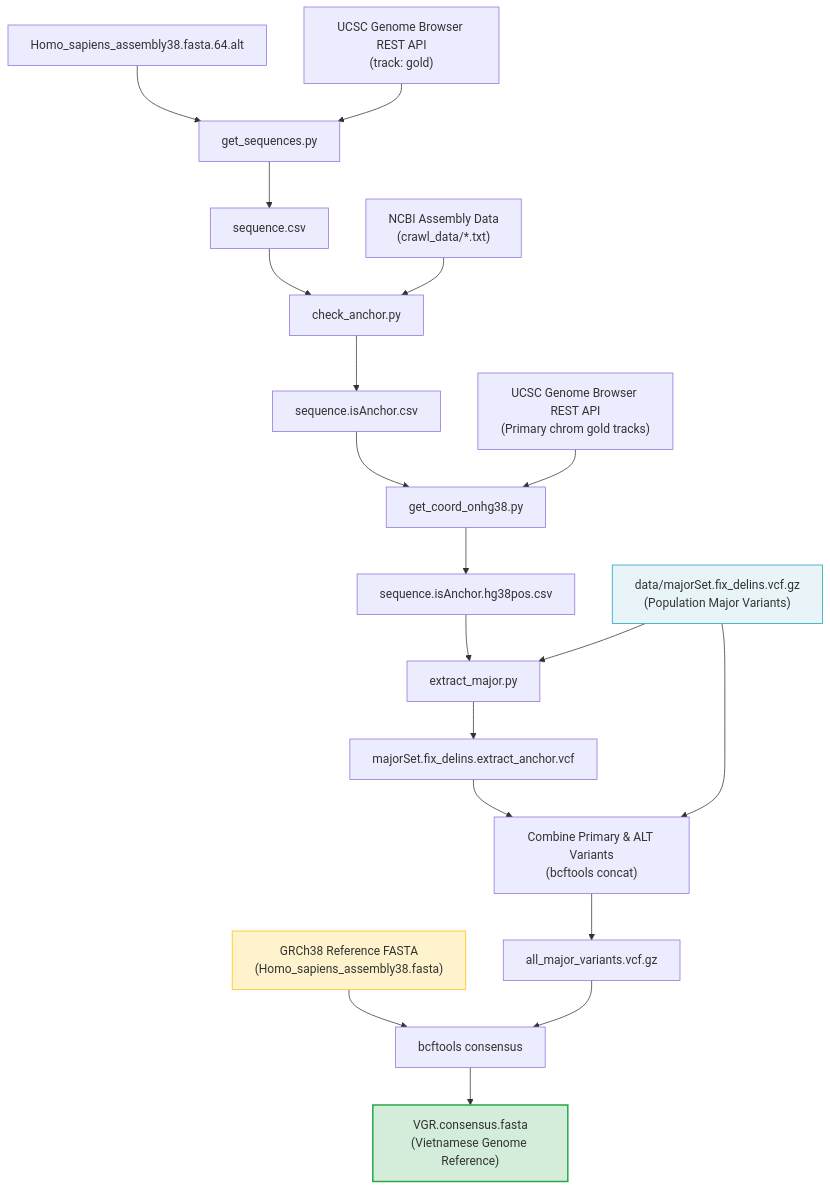
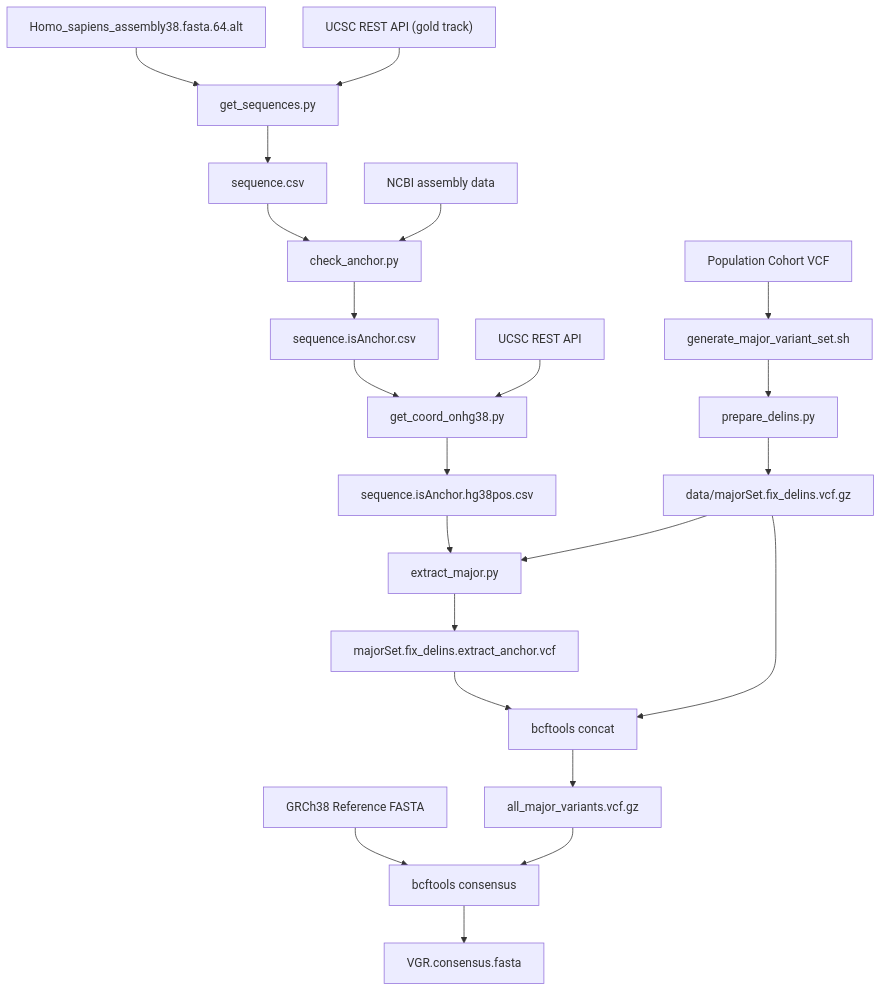
The diagram in README.md (VinGenome/VGR), drawn with Mermaid before and after one commit. The commit also changed other lines of this file and 11 other files, not shown here.

Commit message:
Add population variant preparation pipeline and update documentation

````diff
--- a/README.md
+++ b/README.md
@@ -34,30 +15,30 @@
 ```mermaid
 flowchart TD
-    A1["Homo_sapiens_assembly38.fasta.64.alt"] --> B1["get_sequences.py"]
-    U1["UCSC Genome Browser REST API<br/>(track: gold)"] --> B1
-    B1 --> C1["sequence.csv"]
+    COHORT["Population Cohort VCF"] --> S0["generate_major_variant_set.sh"]
+    S0 --> D0["prepare_delins.py"]
+    D0 --> VCF1["data/majorSet.fix_delins.vcf.gz"]
 
-    C1 --> B2["check_anchor.py"]
-    NCBI["NCBI Assembly Data<br/>(crawl_data/*.txt)"] --> B2
-    B2 --> C2["sequence.isAnchor.csv"]
+    ALT["Homo_sapiens_assembly38.fasta.64.alt"] --> B1["get_sequences.py"]
+    UCSC1["UCSC REST API (gold track)"] --> B1
+    B1 --> CSV1["sequence.csv"]
 
-    C2 --> B3["get_coord_onhg38.py"]
-    U2["UCSC Genome Browser REST API<br/>(Primary chrom gold tracks)"] --> B3
-    B3 --> C3["sequence.isAnchor.hg38pos.csv"]
+    CSV1 --> B2["check_anchor.py"]
+    NCBI["NCBI assembly data"] --> B2
+    B2 --> CSV2["sequence.isAnchor.csv"]
 
-    C3 --> B4["extract_major.py"]
-    VCF1["data/majorSet.fix_delins.vcf.gz<br/>(Population Major Variants)"] --> B4
-    B4 --> C4["majorSet.fix_delins.extract_anchor.vcf"]
+    CSV2 --> B3["get_coord_onhg38.py"]
+    UCSC2["UCSC REST API"] --> B3
+    B3 --> CSV3["sequence.isAnchor.hg38pos.csv"]
 
-    C4 --> MERGE["Combine Primary & ALT Variants<br/>(bcftools concat)"]
+    CSV3 --> B4["extract_major.py"]
+    VCF1 --> B4
+    B4 --> VCF_ALT["majorSet.fix_delins.extract_anchor.vcf"]
+
+    VCF_ALT --> MERGE["bcftools concat"]
     VCF1 --> MERGE
-    MERGE --> VCF_FINAL["all_major_variants.vcf.gz"]
+    MERGE --> VCF_ALL["all_major_variants.vcf.gz"]
 
-    REF["GRCh38 Reference FASTA<br/>(Homo_sapiens_assembly38.fasta)"] --> B5["bcftools consensus"]
-    VCF_FINAL --> B5
-    B5 --> OUT["VGR.consensus.fasta<br/>(Vietnamese Genome Reference)"]
-
-    style OUT fill:#d4edda,stroke:#28a745,stroke-width:2px;
-    style VCF1 fill:#e8f4f8,stroke:#17a2b8,stroke-width:1px;
-    style REF fill:#fff3cd,stroke:#ffc107,stroke-width:1px;
+    REF["GRCh38 Reference FASTA"] --> B5["bcftools consensus"]
+    VCF_ALL --> B5
+    B5 --> OUT["VGR.consensus.fasta"]
 ```
````
